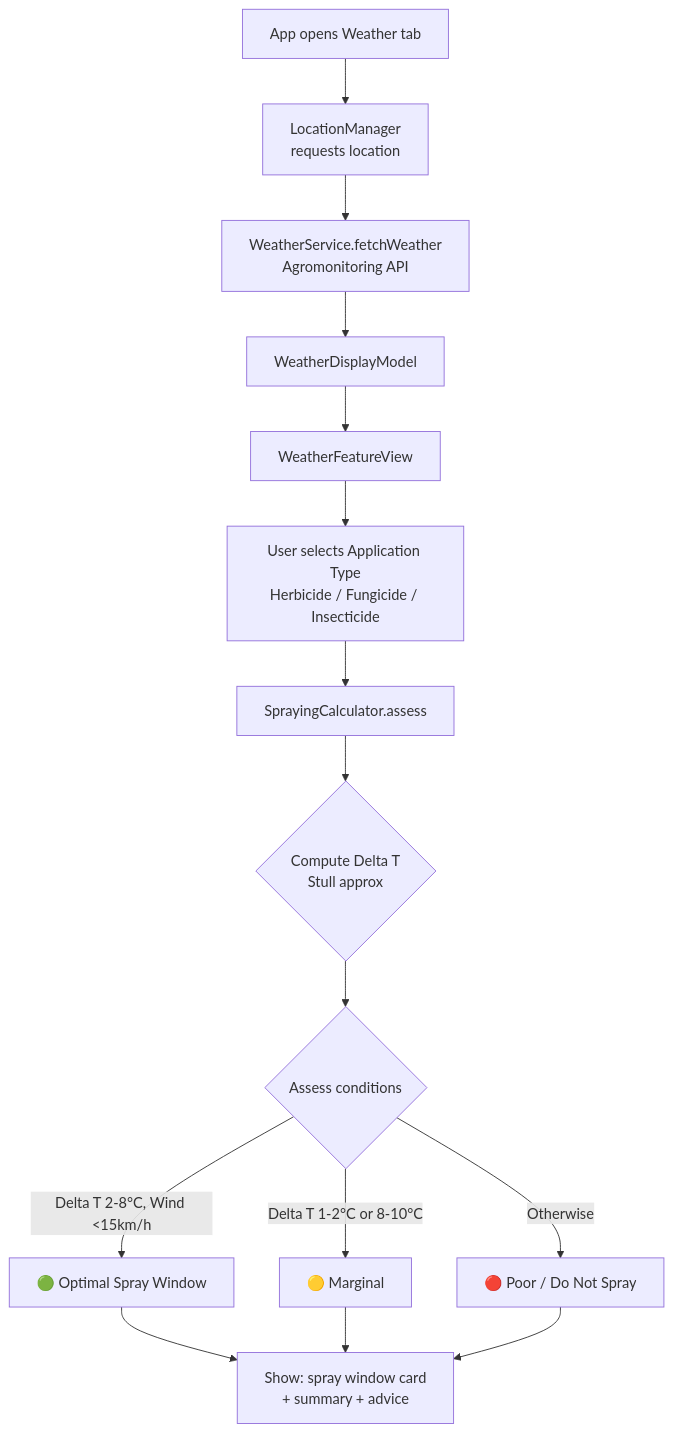
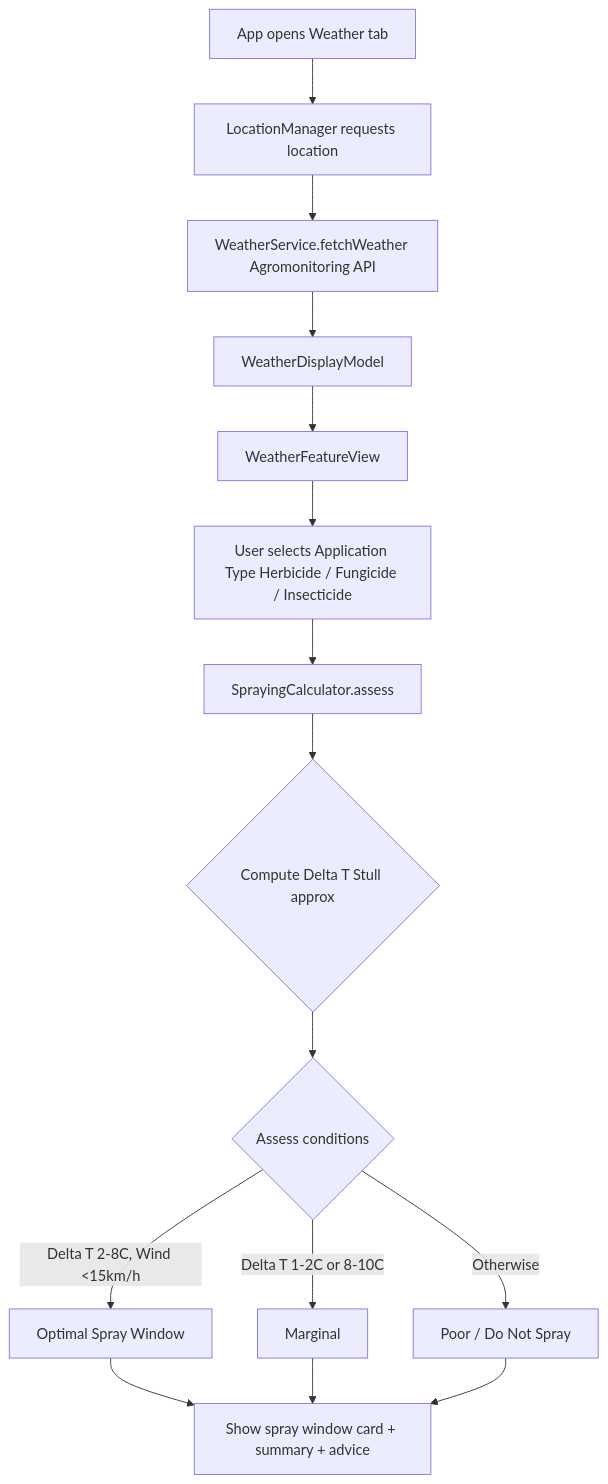
One commit to fahim12345c/AgriBangla-iOS-App changed diagram 11 of 12 in README.md. Above: the diagram before and after it, drawn with Mermaid. The commit also changed other lines of this file and 50 other files, not shown here.

````diff
--- a/README.md
+++ b/README.md
@@ -293,18 +536,18 @@
 ```mermaid
 flowchart TD
-    A[App opens Weather tab] --> B[LocationManager<br>requests location]
-    B --> C[WeatherService.fetchWeather<br>Agromonitoring API]
+    A[App opens Weather tab] --> B[LocationManager requests location]
+    B --> C[WeatherService.fetchWeather Agromonitoring API]
     C --> D[WeatherDisplayModel]
     D --> E[WeatherFeatureView]
-    
-    E --> F[User selects Application Type<br>Herbicide / Fungicide / Insecticide]
+
+    E --> F[User selects Application Type Herbicide / Fungicide / Insecticide]
     F --> G[SprayingCalculator.assess]
-    
-    G --> H{Compute Delta T<br>Stull approx}
+
+    G --> H{Compute Delta T Stull approx}
     H --> I{Assess conditions}
-    I -->|Delta T 2-8°C, Wind <15km/h| J[🟢 Optimal Spray Window]
-    I -->|Delta T 1-2°C or 8-10°C| K[🟡 Marginal]
-    I -->|Otherwise| L[🔴 Poor / Do Not Spray]
-    
-    J & K & L --> M[Show: spray window card<br>+ summary + advice]
+    I -->|Delta T 2-8C, Wind <15km/h| J[Optimal Spray Window]
+    I -->|Delta T 1-2C or 8-10C| K[Marginal]
+    I -->|Otherwise| L[Poor / Do Not Spray]
+
+    J & K & L --> M[Show spray window card + summary + advice]
 ```
````
